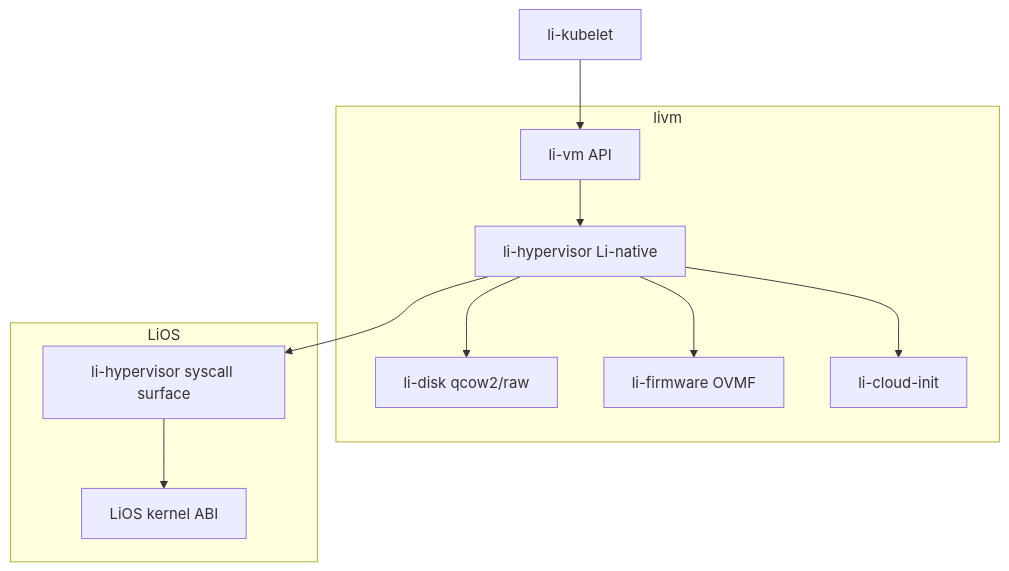
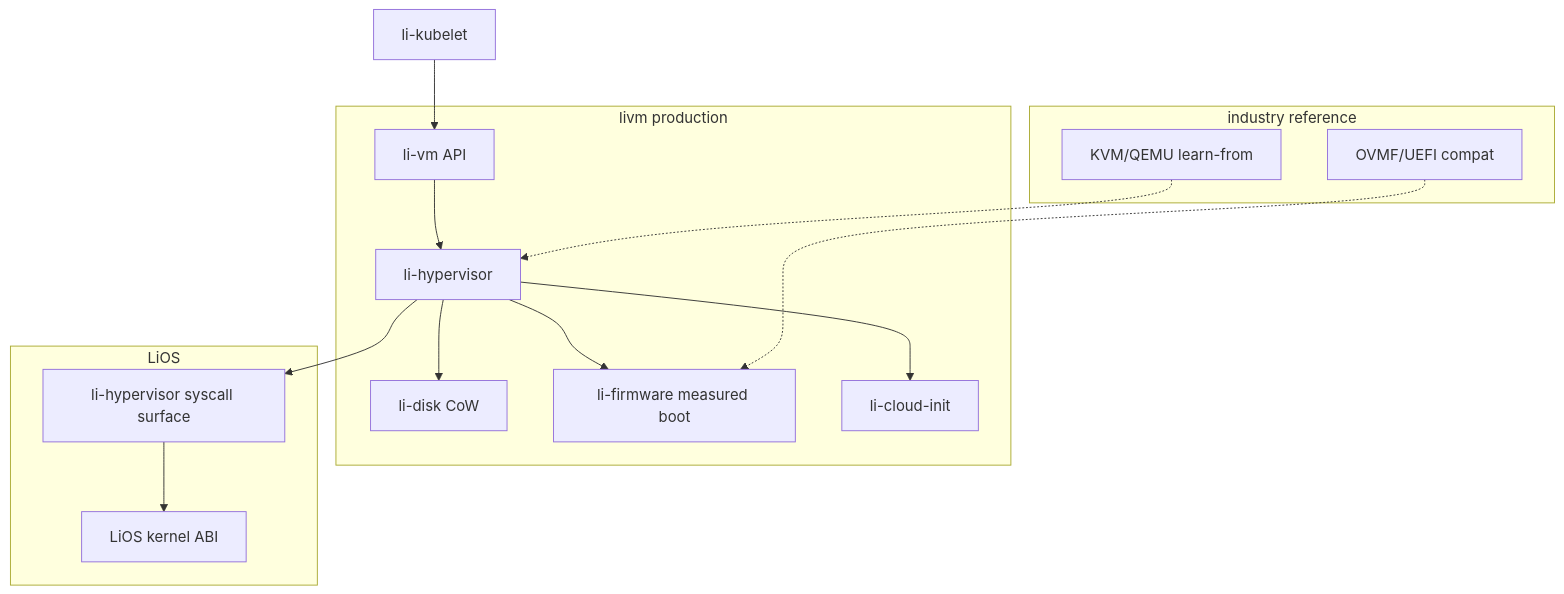
Before and after one commit to li-langverse/lic: the second of 2 diagrams in docs/libernetes/master-plan.md, drawn with Mermaid. The commit also changed other lines of this file and 11 other files, not shown here.

First line of the commit message:
Make libernetes architecture Li-native-first with industry-informed framing.

````diff
--- a/docs/libernetes/master-plan.md
+++ b/docs/libernetes/master-plan.md
@@ -57,23 +70,31 @@
 ```mermaid
 flowchart TB
-  subgraph runtime [livm]
+  subgraph runtime [livm production]
     vapi[li-vm API]
-    hypervisor[li-hypervisor Li-native]
-    disk[li-disk qcow2/raw]
-    firmware[li-firmware OVMF]
+    hypervisor[li-hypervisor]
+    disk[li-disk CoW]
+    firmware[li-firmware measured boot]
     cloudinit[li-cloud-init]
   end
 
   subgraph os [LiOS]
     lios[LiOS kernel ABI]
     hvabi[li-hypervisor syscall surface]
+  end
+
+  subgraph ref ["industry reference"]
+    kvmref[KVM/QEMU learn-from]
+    ovmfref[OVMF/UEFI compat]
   end
 
   kubelet[li-kubelet] --> vapi
   vapi --> hypervisor
   hypervisor --> disk
   hypervisor --> firmware
   hypervisor --> cloudinit
   hypervisor --> hvabi
   hvabi --> lios
+
+  kvmref -.-> hypervisor
+  ovmfref -.-> firmware
 ```
````
